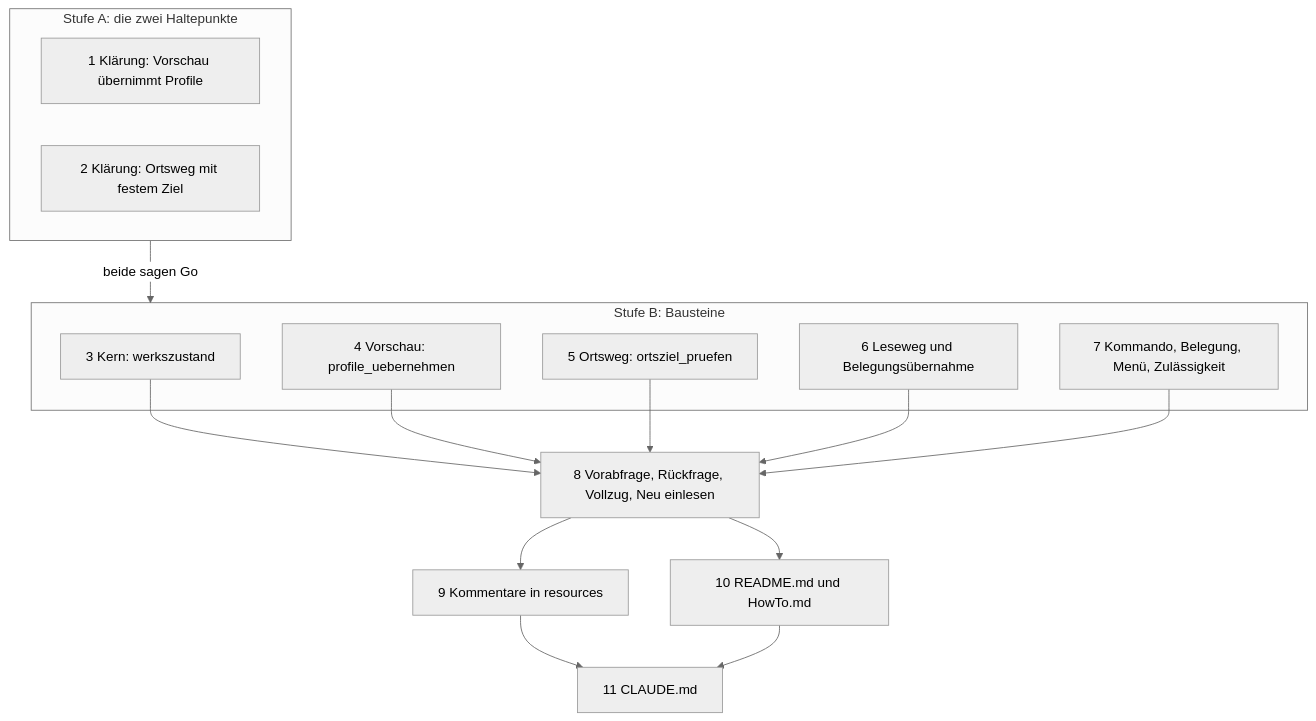
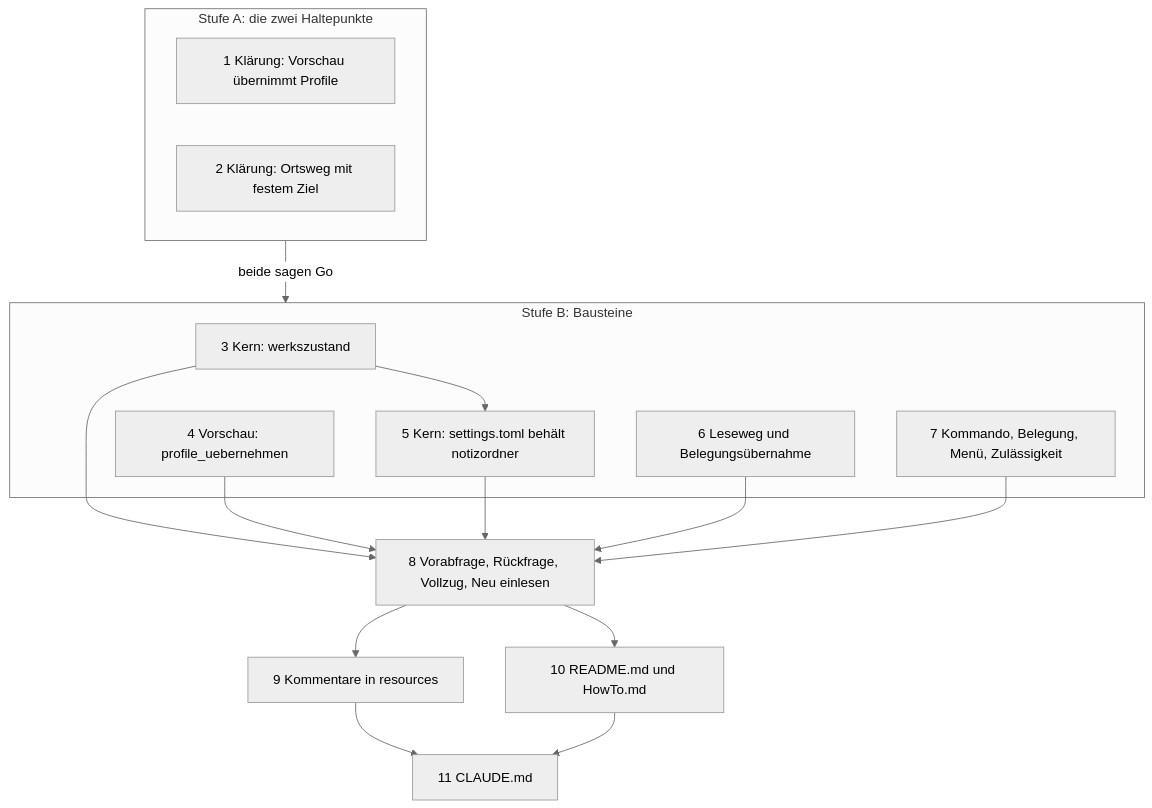
One commit to tenzoki/krk changed the third of 3 diagrams in fusion-workbench/work-packages/260929-1015-werkseinstellungen-zuruecksetzen-und-neu-einlesen/plans/260929-1025_p_plan-werkseinstellungen-zuruecksetzen-und-neu-einlesen.md. Above: the diagram before and after it, drawn with Mermaid (neutral theme). The commit also changed other lines of this file and 2 other files, not shown here.

First line of the commit message:
docs(werkbank): der Notizordner bleibt beim Zuruecksetzen stehen

````diff
--- a/fusion-workbench/work-packages/260929-1015-werkseinstellungen-zuruecksetzen-und-neu-einlesen/plans/260929-1025_p_plan-werkseinstellungen-zuruecksetzen-und-neu-einlesen.md
+++ b/fusion-workbench/work-packages/260929-1015-werkseinstellungen-zuruecksetzen-und-neu-einlesen/plans/260929-1025_p_plan-werkseinstellungen-zuruecksetzen-und-neu-einlesen.md
@@ -135,28 +145,29 @@
 ```mermaid
 flowchart TD
     subgraph Klaerung["Stufe A: die zwei Haltepunkte"]
         S1["1 Klärung: Vorschau übernimmt Profile"]
         S2["2 Klärung: Ortsweg mit festem Ziel"]
     end
     subgraph Umbau["Stufe B: Bausteine"]
         S3["3 Kern: werkszustand"]
         S4["4 Vorschau: profile_uebernehmen"]
-        S5["5 Ortsweg: ortsziel_pruefen"]
+        S5["5 Kern: settings.toml behält notizordner"]
         S6["6 Leseweg und Belegungsübernahme"]
         S7["7 Kommando, Belegung, Menü, Zulässigkeit"]
     end
     S8["8 Vorabfrage, Rückfrage, Vollzug, Neu einlesen"]
     S9["9 Kommentare in resources"]
     S10["10 README.md und HowTo.md"]
     S11["11 CLAUDE.md"]
     Klaerung -->|beide sagen Go| Umbau
+    S3 --> S5
     S3 --> S8
     S4 --> S8
     S5 --> S8
     S6 --> S8
     S7 --> S8
     S8 --> S9
     S8 --> S10
     S9 --> S11
     S10 --> S11
 ```
````
